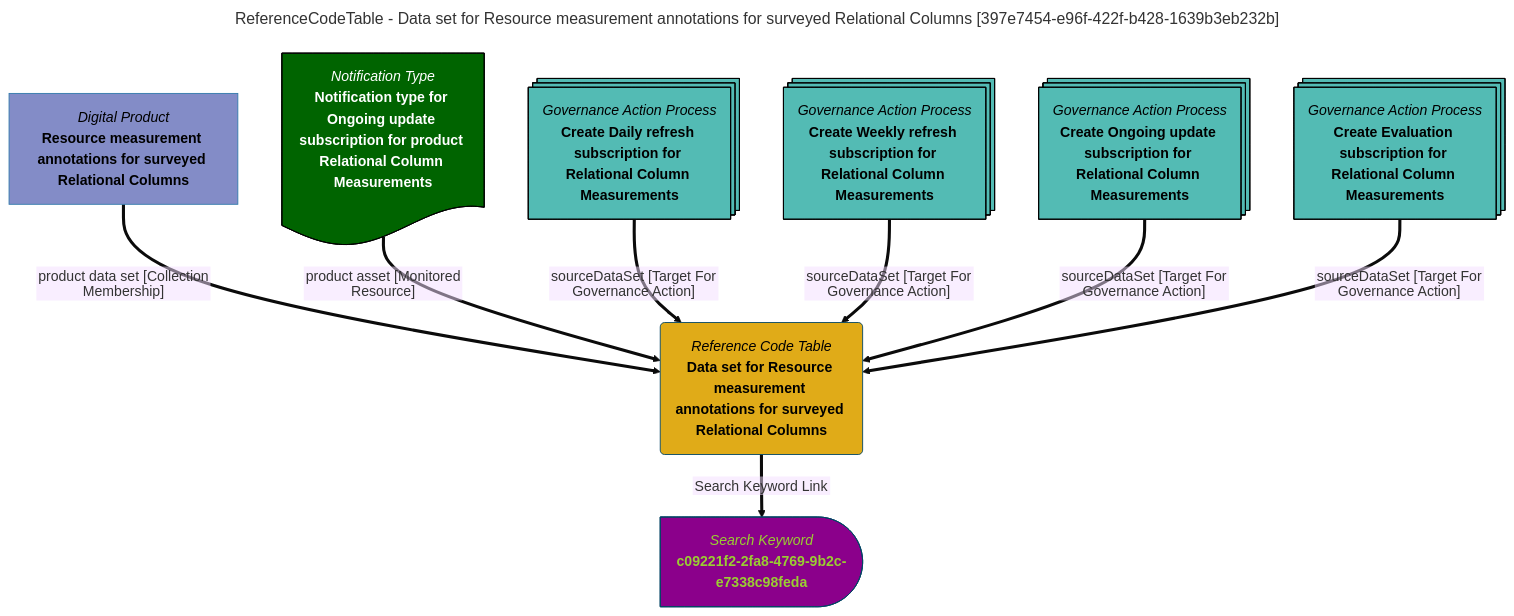
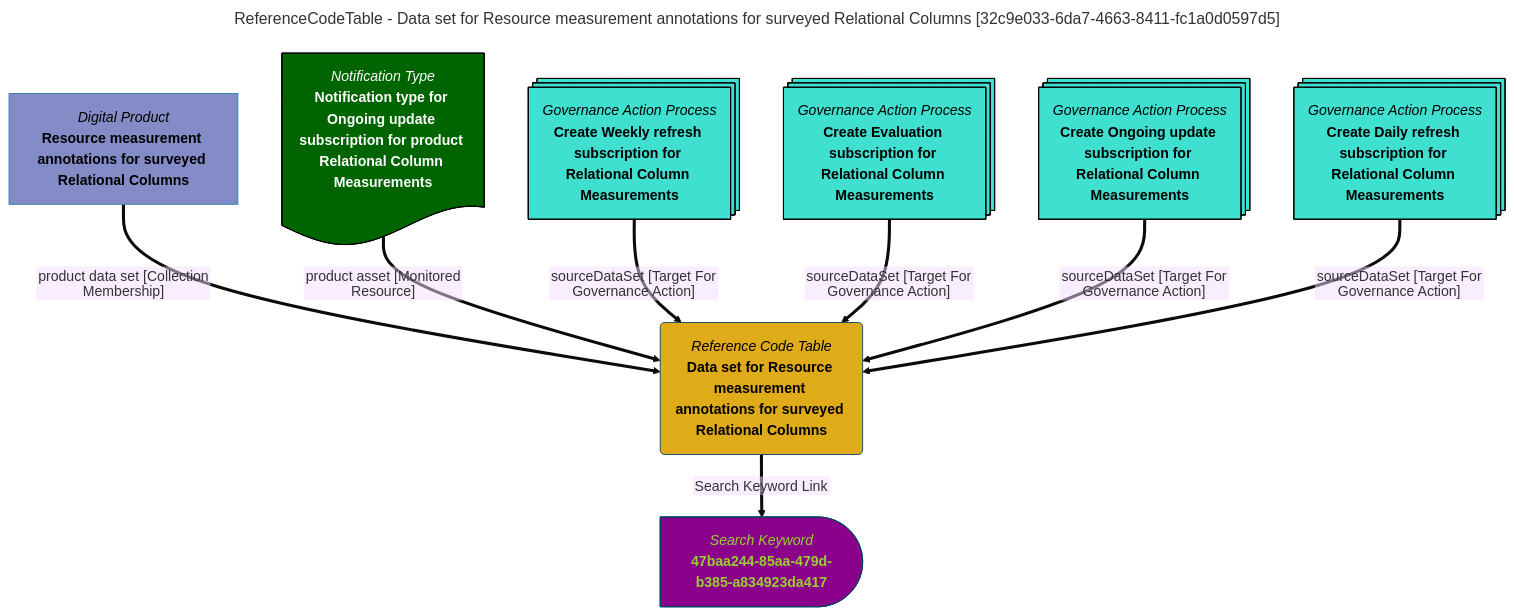
One commit to odpi/egeria-docs changed the diagram in site/snippets/data-assets/data-set-for-resource-measurement-annotations-for-surveyed-relational-columns-mermaid-graph.md. Above: the diagram before and after it, drawn with Mermaid (base theme). The commit also changed 2201 other files, not shown here.

````diff
--- a/site/snippets/data-assets/data-set-for-resource-measurement-annotations-for-surveyed-relational-columns-mermaid-graph.md
+++ b/site/snippets/data-assets/data-set-for-resource-measurement-annotations-for-surveyed-relational-columns-mermaid-graph.md
@@ -1,39 +1,39 @@
 ```mermaid
 ---
-title: ReferenceCodeTable - Data set for Resource measurement annotations for surveyed Relational Columns [397e7454-e96f-422f-b428-1639b3eb232b]
+title: ReferenceCodeTable - Data set for Resource measurement annotations for surveyed Relational Columns [32c9e033-6da7-4663-8411-fc1a0d0597d5]
 ---
 flowchart TD
 %%{init: {"flowchart": {"htmlLabels": false}} }%%
 
 1@{ shape: rounded, label: "*Reference Code Table*
 **Data set for Resource measurement annotations for surveyed Relational Columns**"}
 2@{ shape: delay, label: "*Search Keyword*
-**c09221f2-2fa8-4769-9b2c-e7338c98feda**"}
+**47baa244-85aa-479d-b385-a834923da417**"}
 1==>|"Search Keyword Link"|2
 3@{ shape: rect, label: "*Digital Product*
 **Resource measurement annotations for surveyed Relational Columns**"}
 3==>|"product data set [Collection Membership]"|1
 4@{ shape: doc, label: "*Notification Type*
 **Notification type for Ongoing update subscription for product Relational Column Measurements**"}
 4==>|"product asset [Monitored Resource]"|1
 5@{ shape: processes, label: "*Governance Action Process*
-**Create Daily refresh subscription for Relational Column Measurements**"}
+**Create Weekly refresh subscription for Relational Column Measurements**"}
 5==>|"sourceDataSet [Target For Governance Action]"|1
 6@{ shape: processes, label: "*Governance Action Process*
-**Create Weekly refresh subscription for Relational Column Measurements**"}
+**Create Evaluation subscription for Relational Column Measurements**"}
 6==>|"sourceDataSet [Target For Governance Action]"|1
 7@{ shape: processes, label: "*Governance Action Process*
 **Create Ongoing update subscription for Relational Column Measurements**"}
 7==>|"sourceDataSet [Target For Governance Action]"|1
 8@{ shape: processes, label: "*Governance Action Process*
-**Create Evaluation subscription for Relational Column Measurements**"}
+**Create Daily refresh subscription for Relational Column Measurements**"}
 8==>|"sourceDataSet [Target For Governance Action]"|1
 style 1 color:#000000, fill:#e0ab18, stroke:#004563
-style 2 color:#9acd32, fill:#8b008b, stroke:#004563
+style 2 color:#9ACD32, fill:#8B008B, stroke:#004563
 style 3 color:#000000, fill:#838cc7, stroke:#3079ab
 style 4 color:#FFFFFF, fill:#006400, stroke:#000000
-style 5 color:#000000, fill:#53bbb4, stroke:#000000
-style 6 color:#000000, fill:#53bbb4, stroke:#000000
-style 7 color:#000000, fill:#53bbb4, stroke:#000000
-style 8 color:#000000, fill:#53bbb4, stroke:#000000
+style 5 color:#000000, fill:#40E0D0, stroke:#000000
+style 6 color:#000000, fill:#40E0D0, stroke:#000000
+style 7 color:#000000, fill:#40E0D0, stroke:#000000
+style 8 color:#000000, fill:#40E0D0, stroke:#000000
 ```
````
